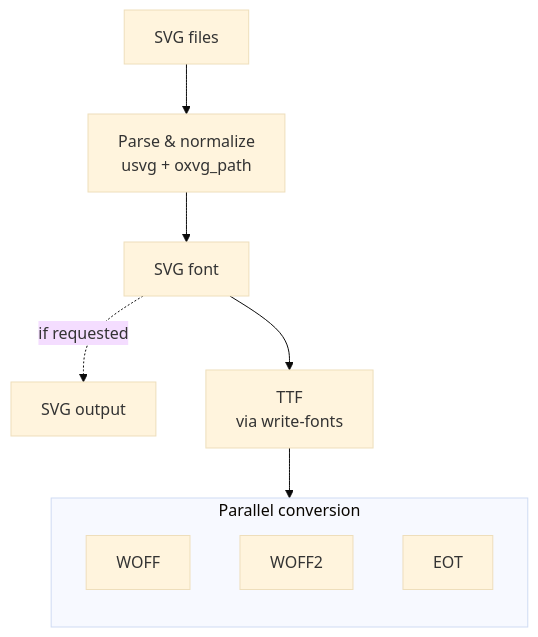
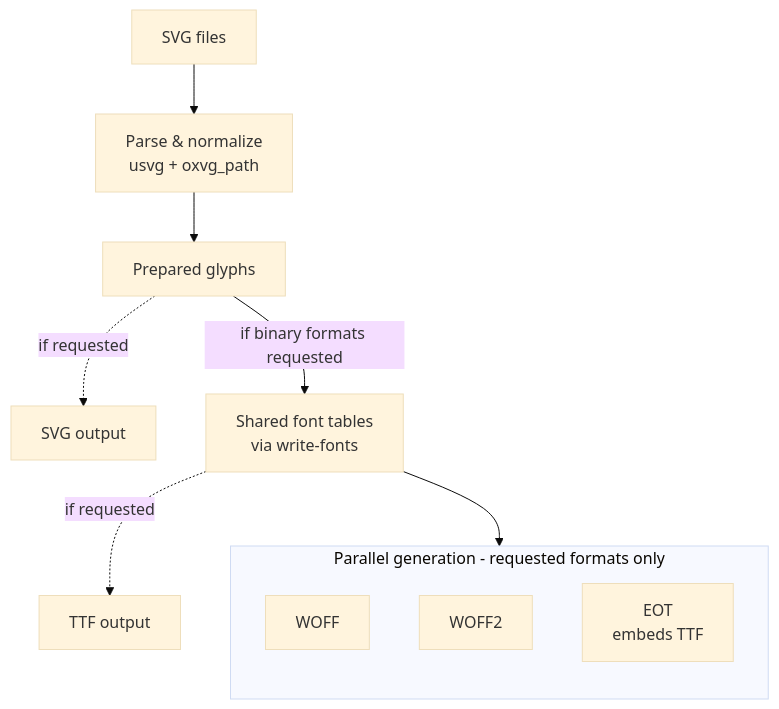
Before and after one commit to atlowChemi/vite-svg-2-webfont: the first of 2 diagrams in packages/docs/webfont-generator/index.md, drawn with Mermaid (base theme). The commit also changed other lines of this file and 2 other files, not shown here.

````diff
--- a/packages/docs/webfont-generator/index.md
+++ b/packages/docs/webfont-generator/index.md
@@ -31,14 +37,15 @@
 ```mermaid
 flowchart TD
     A[SVG files] --> B[Parse &amp; normalize<br/>usvg + oxvg_path]
-    B --> C[SVG font]
+    B --> C[Prepared glyphs]
     C -.->|if requested| D[SVG output]
-    C --> E[TTF<br/>via write-fonts]
+    C -->|if binary formats requested| E[Shared font tables<br/>via write-fonts]
+    E -.->|if requested| T[TTF output]
     E --> P
-    subgraph P[Parallel conversion]
+    subgraph P[Parallel generation - requested formats only]
         direction TD
         F[WOFF]
         G[WOFF2]
-        H[EOT]
+        H[EOT<br/>embeds TTF]
     end
 ```
````
